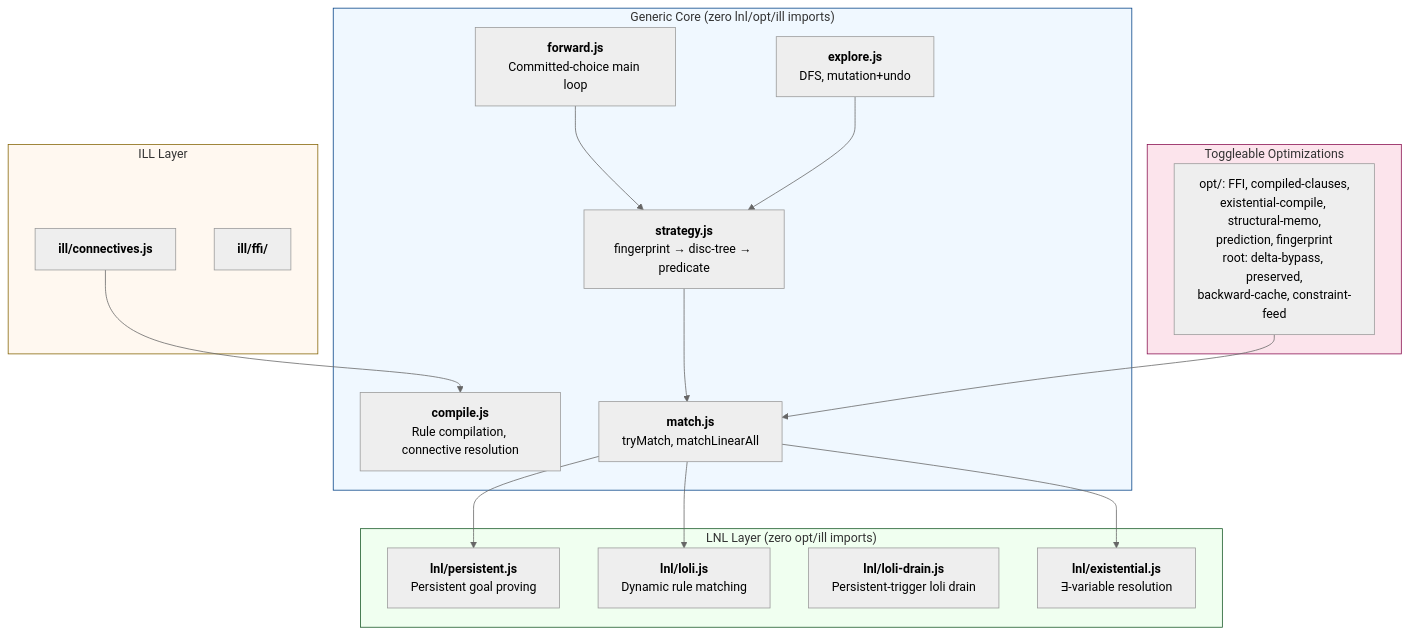
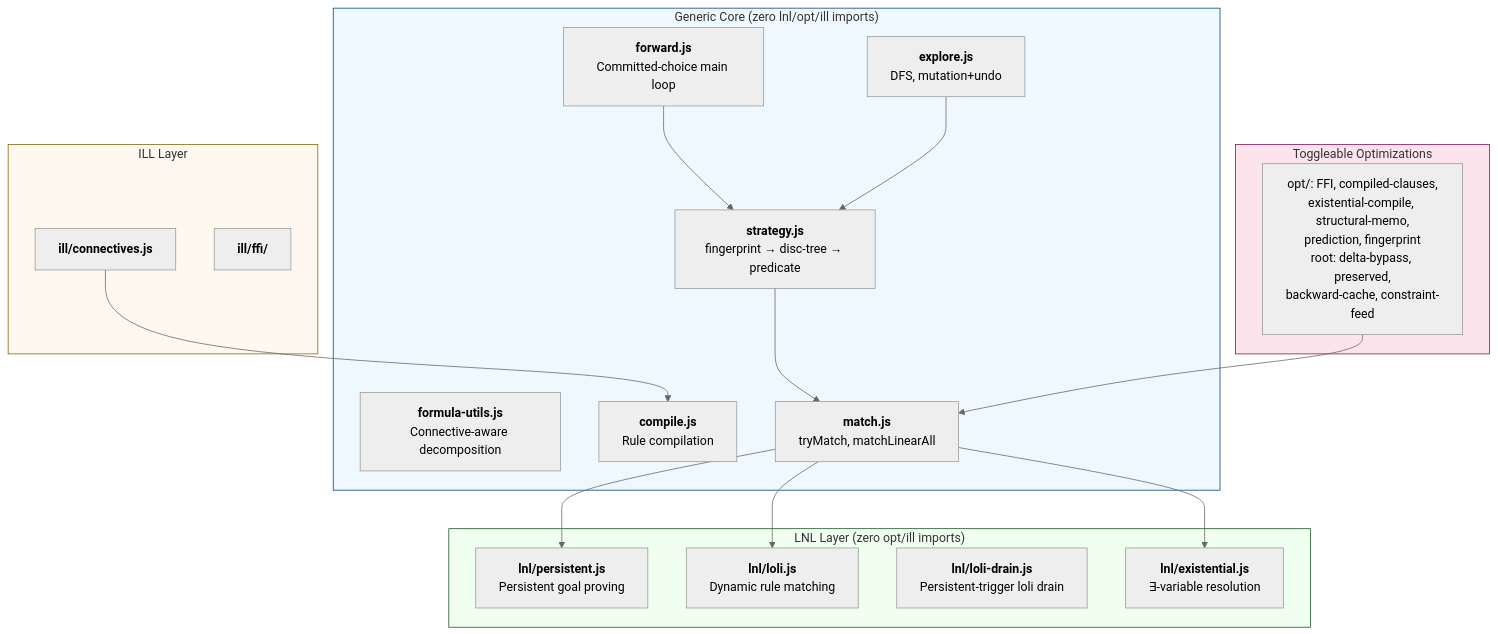
The second of 2 diagrams in doc/documentation/architecture.md (mhhf/calc), drawn with Mermaid (neutral theme) before and after one commit. The commit also changed other lines of this file and 15 other files, not shown here.

First line of the commit message:
refactor: extract formula-utils.js, remove pipeline stage couplings (TODO_0207)

````diff
--- a/doc/documentation/architecture.md
+++ b/doc/documentation/architecture.md
@@ -235,40 +235,41 @@
 ```mermaid
 graph TB
     subgraph GenericCore["Generic Core (zero lnl/opt/ill imports)"]
-        COMP["<b>compile.js</b><br/>Rule compilation, connective resolution"]
+        FORM["<b>formula-utils.js</b><br/>Connective-aware decomposition"]
+        COMP["<b>compile.js</b><br/>Rule compilation"]
         MAT["<b>match.js</b><br/>tryMatch, matchLinearAll"]
         STRAT["<b>strategy.js</b><br/>fingerprint → disc-tree → predicate"]
         EXEC["<b>forward.js</b><br/>Committed-choice main loop"]
         EXP["<b>explore.js</b><br/>DFS, mutation+undo"]
     end
 
     subgraph LNLLayer["LNL Layer (zero opt/ill imports)"]
         PERS["<b>lnl/persistent.js</b><br/>Persistent goal proving"]
         LOLI["<b>lnl/loli.js</b><br/>Dynamic rule matching"]
         DRAIN["<b>lnl/loli-drain.js</b><br/>Persistent-trigger loli drain"]
         EXIS["<b>lnl/existential.js</b><br/>∃-variable resolution"]
     end
 
     subgraph ILLLayer["ILL Layer"]
         CONN["<b>ill/connectives.js</b>"]
         FFIL["<b>ill/ffi/</b>"]
     end
 
     subgraph OptLayer["Toggleable Optimizations"]
         OPT["opt/: FFI, compiled-clauses,<br/>existential-compile, structural-memo,<br/>prediction, fingerprint<br/>root: delta-bypass, preserved,<br/>backward-cache, constraint-feed"]
     end
 
     STRAT --> MAT
     MAT --> PERS
     MAT --> LOLI
     MAT --> EXIS
     EXEC --> STRAT
     EXP --> STRAT
     CONN --> COMP
     OPT --> MAT
 
     style GenericCore fill:#f0f8ff,stroke:#004085
     style LNLLayer fill:#f0fff0,stroke:#155724
     style ILLLayer fill:#fff8f0,stroke:#856404
     style OptLayer fill:#fce4ec,stroke:#880e4f
 ```
````
